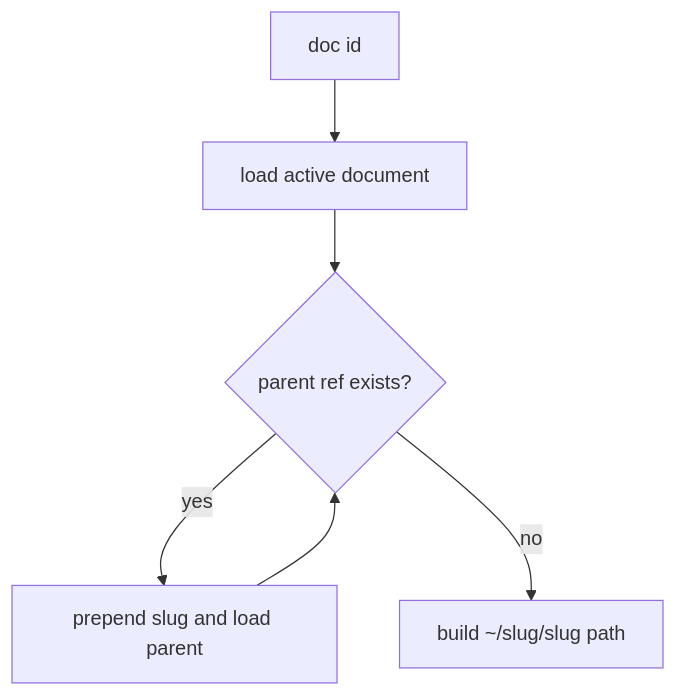
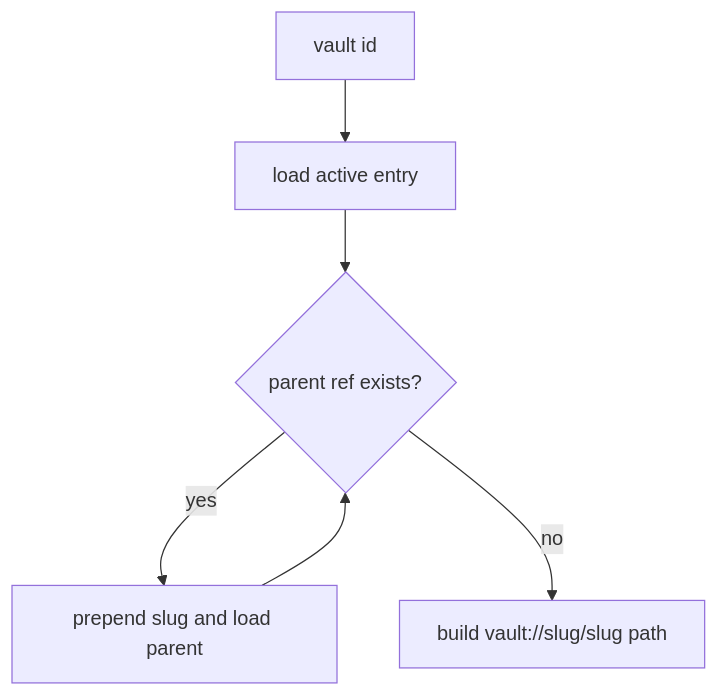
Before and after one commit to ex3ndr/daycare: the second of 4 diagrams in doc/documents.md, drawn with Mermaid. The commit also changed other lines of this file and 112 other files, not shown here.

````diff
--- a/doc/documents.md
+++ b/doc/documents.md
@@ -41,8 +42,8 @@
 ```mermaid
 flowchart TD
-    A[doc id] --> B[load active document]
+    A[vault id] --> B[load active entry]
     B --> C{parent ref exists?}
     C -->|yes| D[prepend slug and load parent]
     D --> C
-    C -->|no| E[build ~/slug/slug path]
+    C -->|no| E[build vault://slug/slug path]
 ```
````
